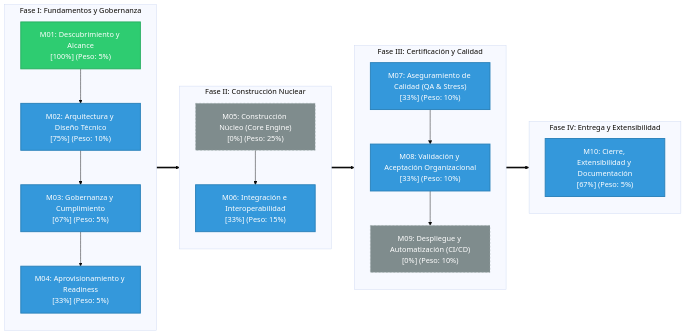
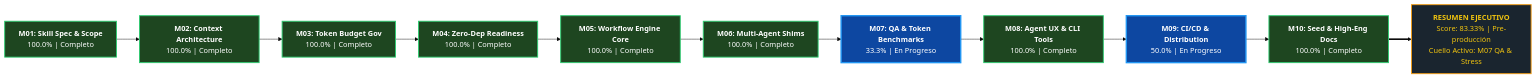
Before and after one commit to AlvaroAlejandroFinOps/iDirectory: the diagram in artifacts/plans/metricsthinking/MetricsThinking.md, drawn with Mermaid (base theme). The commit also changed other lines of this file and 3 other files, not shown here.

````diff
--- a/artifacts/plans/metricsthinking/MetricsThinking.md
+++ b/artifacts/plans/metricsthinking/MetricsThinking.md
@@ -50,57 +49,26 @@
 ```mermaid
 flowchart LR
-    %% Subgraph 1: Fundamentos y Gobernanza
-    subgraph STAGE_1["Fase I: Fundamentos y Gobernanza"]
-        direction TB
-        M01["M01: Descubrimiento y Alcance<br/>[100%] (Peso: 5%)"]
-        M02["M02: Arquitectura y Diseño Técnico<br/>[75%] (Peso: 10%)"]
-        M03["M03: Gobernanza y Cumplimiento<br/>[67%] (Peso: 5%)"]
-        M04["M04: Aprovisionamiento y Readiness<br/>[33%] (Peso: 5%)"]
-        M01 --> M02 --> M03 --> M04
-    end
+    M01["<b>M01: Skill Spec & Scope</b><br/>100.0% | Completo"]
+    M02["<b>M02: Context Architecture</b><br/>100.0% | Completo"]
+    M03["<b>M03: Token Budget Gov</b><br/>100.0% | Completo"]
+    M04["<b>M04: Zero-Dep Readiness</b><br/>100.0% | Completo"]
+    M05["<b>M05: Workflow Engine Core</b><br/>100.0% | Completo"]
+    M06["<b>M06: Multi-Agent Shims</b><br/>100.0% | Completo"]
+    M07["<b>M07: QA & Token Benchmarks</b><br/>33.3% | En Progreso"]
+    M08["<b>M08: Agent UX & CLI Tools</b><br/>100.0% | Completo"]
+    M09["<b>M09: CI/CD & Distribution</b><br/>50.0% | En Progreso"]
+    M10["<b>M10: Seed & High-Eng Docs</b><br/>100.0% | Completo"]
 
-    %% Subgraph 2: Construcción Nuclear
-    subgraph STAGE_2["Fase II: Construcción Nuclear"]
-        direction TB
-        M05["M05: Construcción Núcleo (Core Engine)<br/>[0%] (Peso: 25%)"]
-        M06["M06: Integración e Interoperabilidad<br/>[33%] (Peso: 15%)"]
-        M05 --> M06
-    end
+    SUMMARY["<b>RESUMEN EJECUTIVO</b><br/>Score: 83.33% | Pre-producción<br/>Cuello Activo: M07 QA & Stress"]
 
-    %% Subgraph 3: Certificación y Calidad
-    subgraph STAGE_3["Fase III: Certificación y Calidad"]
-        direction TB
-        M07["M07: Aseguramiento de Calidad (QA & Stress)<br/>[33%] (Peso: 10%)"]
-        M08["M08: Validación y Aceptación Organizacional<br/>[33%] (Peso: 10%)"]
-        M09["M09: Despliegue y Automatización (CI/CD)<br/>[0%] (Peso: 10%)"]
-        M07 --> M08 --> M09
-    end
+    M01 --> M02 --> M03 --> M04 --> M05 --> M06 --> M07 --> M08 --> M09 --> M10 ==> SUMMARY
 
-    %% Subgraph 4: Entrega y Extensibilidad
-    subgraph STAGE_4["Fase IV: Entrega y Extensibilidad"]
-        direction TB
-        M10["M10: Cierre, Extensibilidad y Documentación<br/>[67%] (Peso: 5%)"]
-    end
+    classDef done fill:#1E4620,stroke:#2ECC71,stroke-width:2px,color:#FFFFFF;
+    classDef active fill:#0D47A1,stroke:#2196F3,stroke-width:3px,color:#FFFFFF;
+    classDef backlog fill:#2C3E50,stroke:#7F8C8D,stroke-width:1px,stroke-dasharray: 4 4,color:#BDC3C7;
+    classDef summary fill:#1A252F,stroke:#F39C12,stroke-width:2px,color:#F1C40F;
 
-    %% Enlaces entre etapas del Roadmap
-    M04 ==> M05
-    M06 ==> M07
-    M09 ==> M10
-
-    %% Clases de estilo semántico
-    classDef complete fill:#2ECC71,stroke:#27AE60,stroke-width:2px,color:#FFFFFF;
-    classDef inprogress fill:#3498DB,stroke:#2980B9,stroke-width:2px,color:#FFFFFF;
-    classDef pending fill:#7F8C8D,stroke:#95A5A6,stroke-width:1px,stroke-dasharray: 4 4,color:#FFFFFF;
-    classDef blocked fill:#E74C3C,stroke:#C0392B,stroke-width:2px,color:#FFFFFF;
-
-    class M01 complete;
-    class M02 inprogress;
-    class M03 inprogress;
-    class M04 inprogress;
-    class M05 pending;
-    class M06 inprogress;
-    class M07 inprogress;
-    class M08 inprogress;
-    class M09 pending;
-    class M10 inprogress;
+    class M01,M02,M03,M04,M05,M06,M08,M10 done;
+    class M07,M09 active;
+    class SUMMARY summary;
 ```
````
